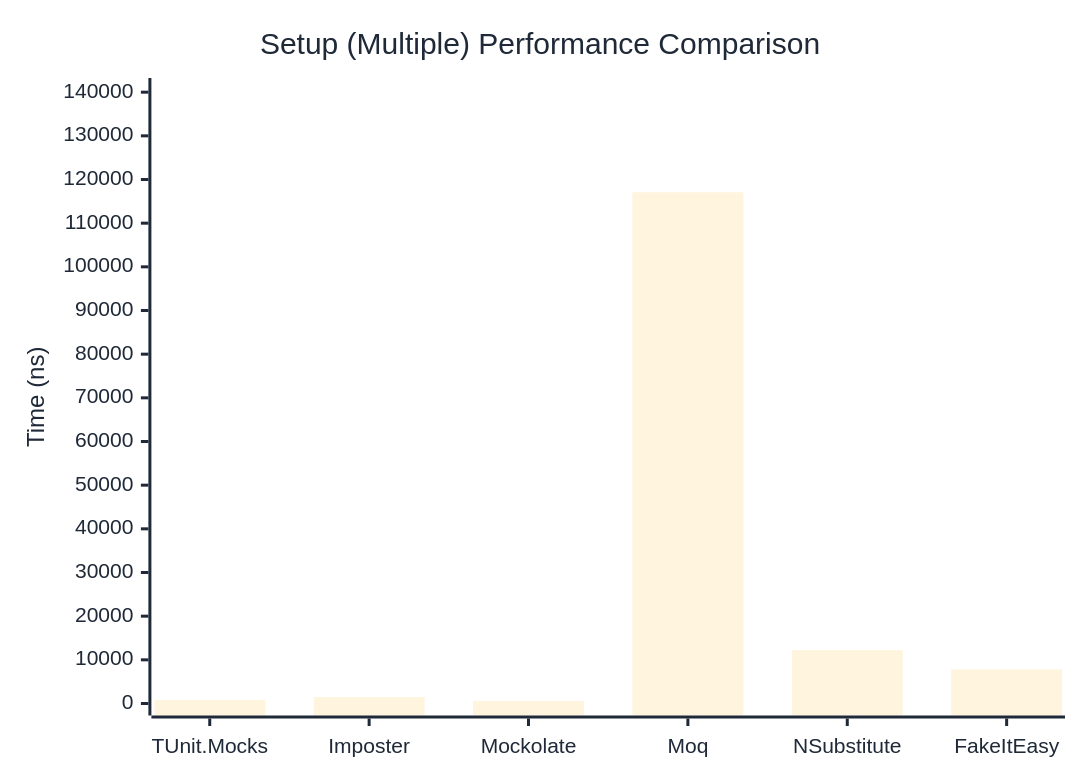
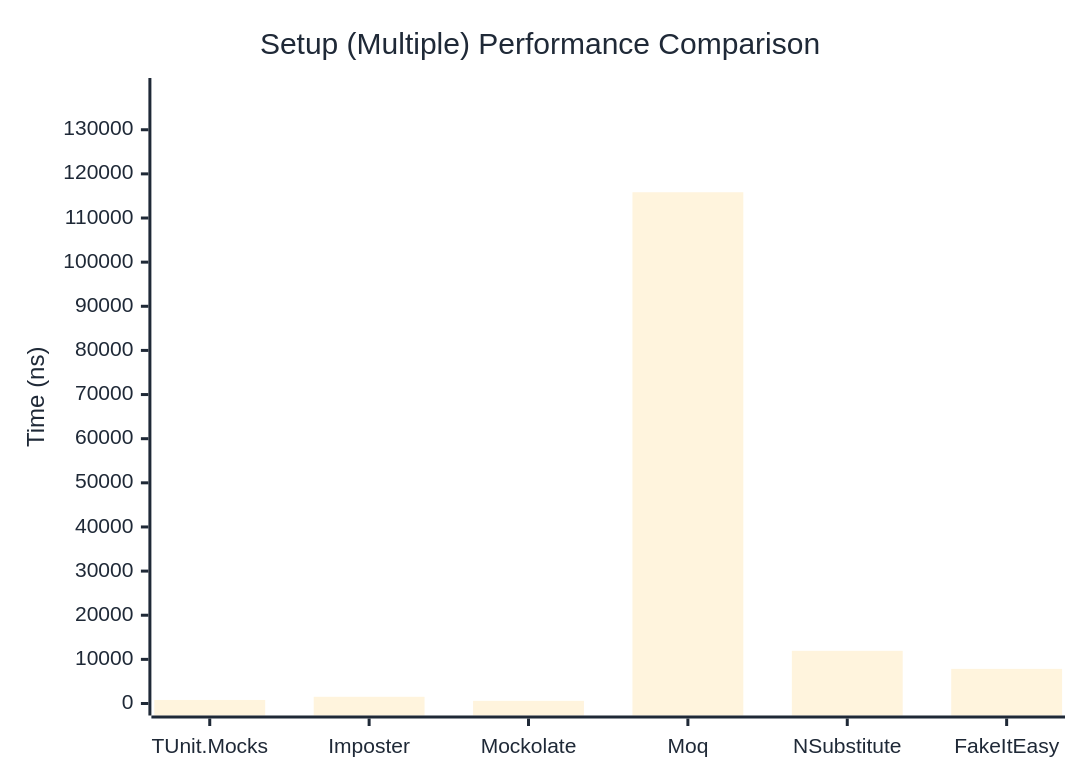
Before and after one commit to thomhurst/TUnit: the second of 2 diagrams in docs/docs/benchmarks/mocks/Setup.md, drawn with Mermaid. The commit also changed other lines of this file and 14 other files, not shown here.

````diff
--- a/docs/docs/benchmarks/mocks/Setup.md
+++ b/docs/docs/benchmarks/mocks/Setup.md
@@ -71,27 +71,27 @@
 ```mermaid
 %%{init: {
   'theme':'base',
   'themeVariables': {
     'primaryColor': '#2563eb',
     'primaryTextColor': '#1f2937',
     'primaryBorderColor': '#1e40af',
     'lineColor': '#6b7280',
     'secondaryColor': '#7c3aed',
     'tertiaryColor': '#dc2626',
     'background': '#ffffff',
     'pie1': '#2563eb',
     'pie2': '#7c3aed',
     'pie3': '#dc2626',
     'pie4': '#f59e0b',
     'pie5': '#10b981',
     'pie6': '#06b6d4',
     'pie7': '#ec4899',
     'pie8': '#6366f1'
   }
 }}%%
 xychart-beta
   title "Setup (Multiple) Performance Comparison"
   x-axis ["TUnit.Mocks", "Imposter", "Mockolate", "Moq", "NSubstitute", "FakeItEasy"]
-  y-axis "Time (ns)" 0 --> 140498
-  bar [818.1, 1489.2, 595.3, 117081.2, 12231.7, 7811.1]
+  y-axis "Time (ns)" 0 --> 139004
+  bar [803.4, 1518.2, 600.7, 115836.4, 11936.5, 7846.3]
 ```
````
